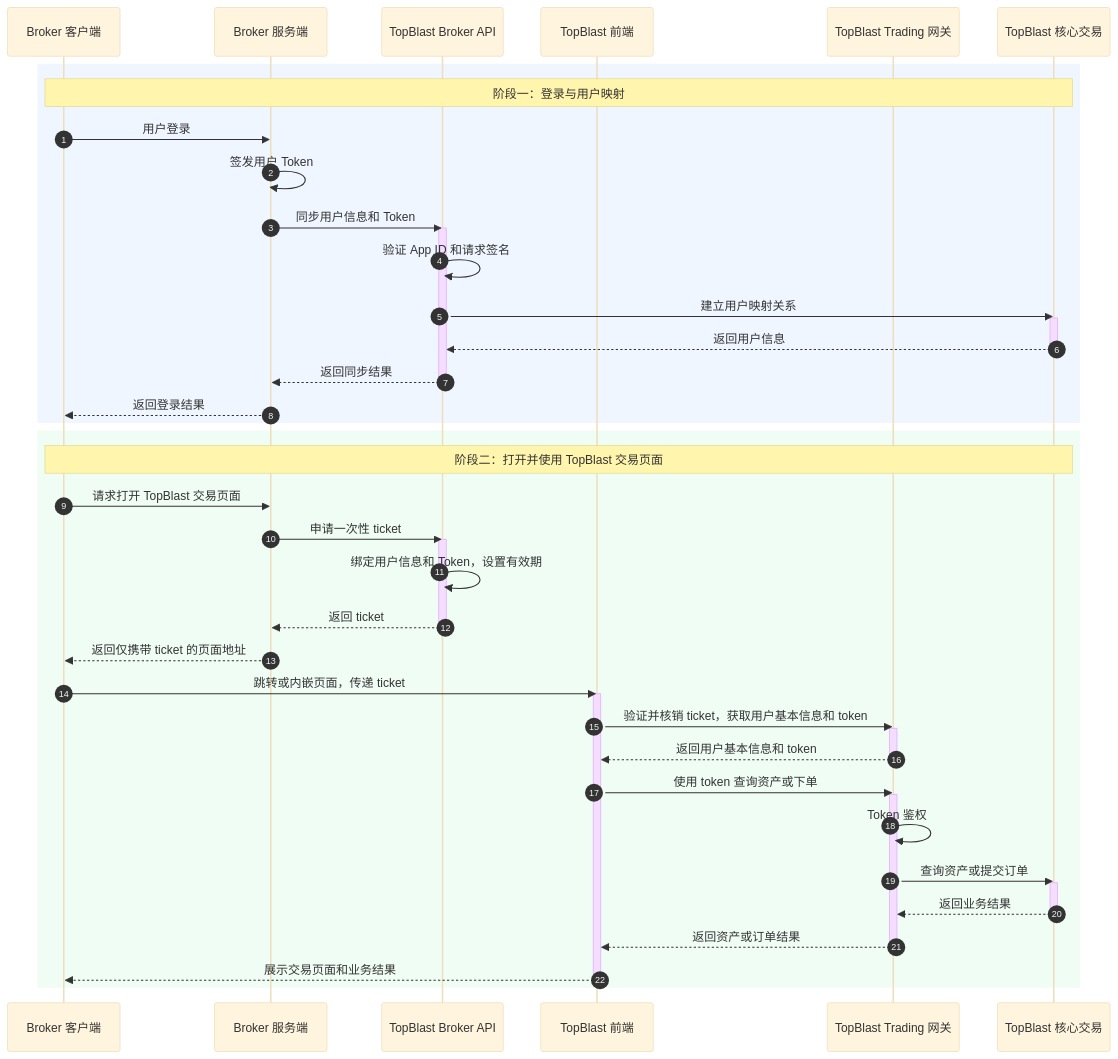
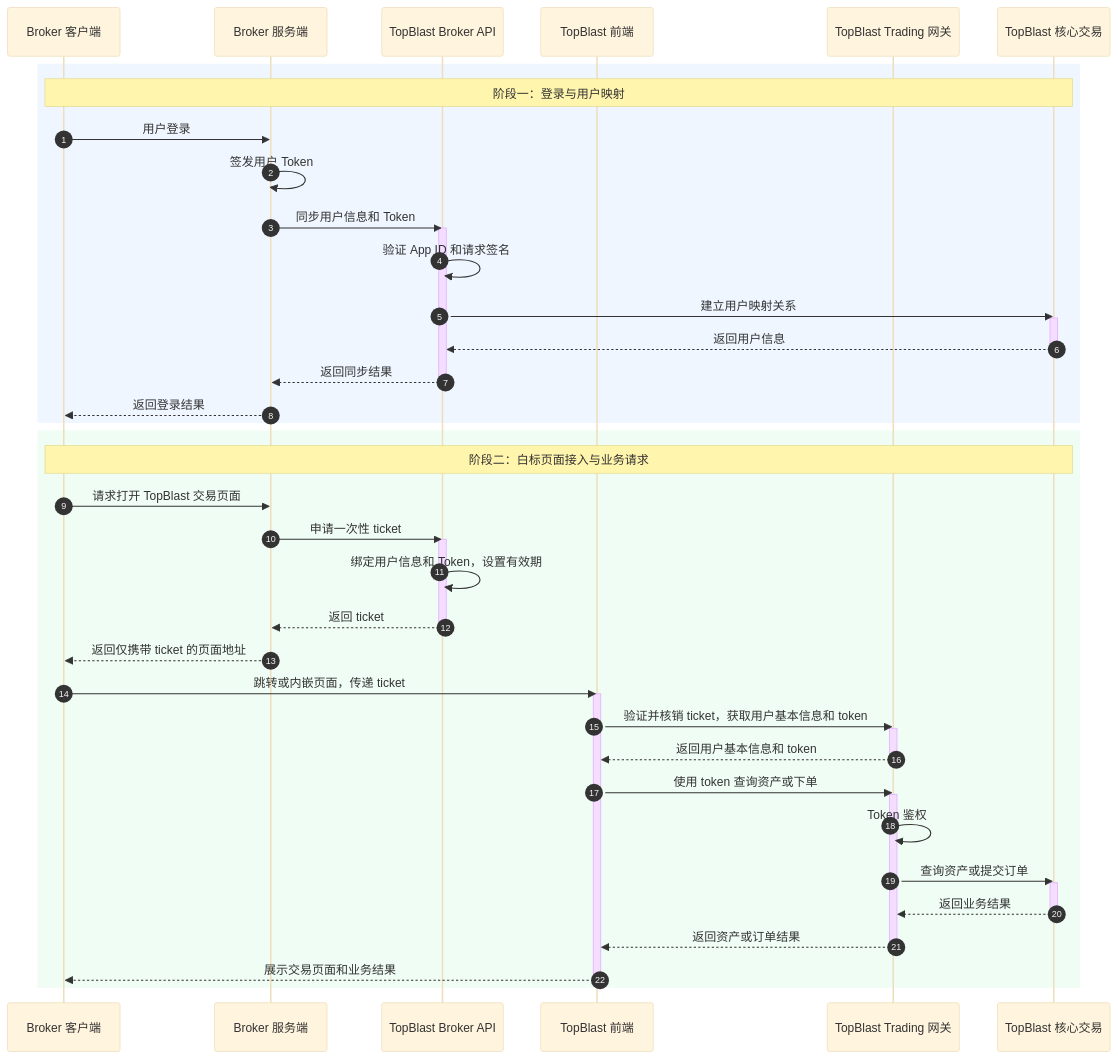
The second of 2 diagrams in cn/broker/guide/integration-flow.mdx (topblast-trade/docs), drawn with Mermaid (base theme) before and after one commit. The commit also changed other lines of this file and 1 other file, not shown here.

Commit message:
docs: streamline integration flow guide

````diff
--- a/cn/broker/guide/integration-flow.mdx
+++ b/cn/broker/guide/integration-flow.mdx
@@ -88,57 +86,57 @@
 ```mermaid
 sequenceDiagram
     autonumber
 
     participant BrokerClient as Broker 客户端
     participant BrokerServer as Broker 服务端
     participant BrokerAPI as TopBlast Broker API
     participant TopBlastWeb as TopBlast 前端
     participant Gateway as TopBlast Trading 网关
     participant Core as TopBlast 核心交易
 
     rect rgb(239, 246, 255)
         Note over BrokerClient,Core: 阶段一：登录与用户映射
 
         BrokerClient->>BrokerServer: 用户登录
         BrokerServer->>BrokerServer: 签发用户 Token
         BrokerServer->>BrokerAPI: 同步用户信息和 Token
         activate BrokerAPI
         BrokerAPI->>BrokerAPI: 验证 App ID 和请求签名
         BrokerAPI->>Core: 建立用户映射关系
         activate Core
         Core-->>BrokerAPI: 返回用户信息
         deactivate Core
         BrokerAPI-->>BrokerServer: 返回同步结果
         deactivate BrokerAPI
         BrokerServer-->>BrokerClient: 返回登录结果
     end
 
     rect rgb(240, 253, 244)
-        Note over BrokerClient,Core: 阶段二：打开并使用 TopBlast 交易页面
+        Note over BrokerClient,Core: 阶段二：白标页面接入与业务请求
 
         BrokerClient->>BrokerServer: 请求打开 TopBlast 交易页面
         BrokerServer->>BrokerAPI: 申请一次性 ticket
         activate BrokerAPI
         BrokerAPI->>BrokerAPI: 绑定用户信息和 Token，设置有效期
         BrokerAPI-->>BrokerServer: 返回 ticket
         deactivate BrokerAPI
         BrokerServer-->>BrokerClient: 返回仅携带 ticket 的页面地址
         BrokerClient->>TopBlastWeb: 跳转或内嵌页面，传递 ticket
         activate TopBlastWeb
         TopBlastWeb->>Gateway: 验证并核销 ticket，获取用户基本信息和 token
         activate Gateway
         Gateway-->>TopBlastWeb: 返回用户基本信息和 token
         deactivate Gateway
         TopBlastWeb->>Gateway: 使用 token 查询资产或下单
         activate Gateway
         Gateway->>Gateway: Token 鉴权
         Gateway->>Core: 查询资产或提交订单
         activate Core
         Core-->>Gateway: 返回业务结果
         deactivate Core
         Gateway-->>TopBlastWeb: 返回资产或订单结果
         deactivate Gateway
         TopBlastWeb-->>BrokerClient: 展示交易页面和业务结果
         deactivate TopBlastWeb
     end
 ```
````
